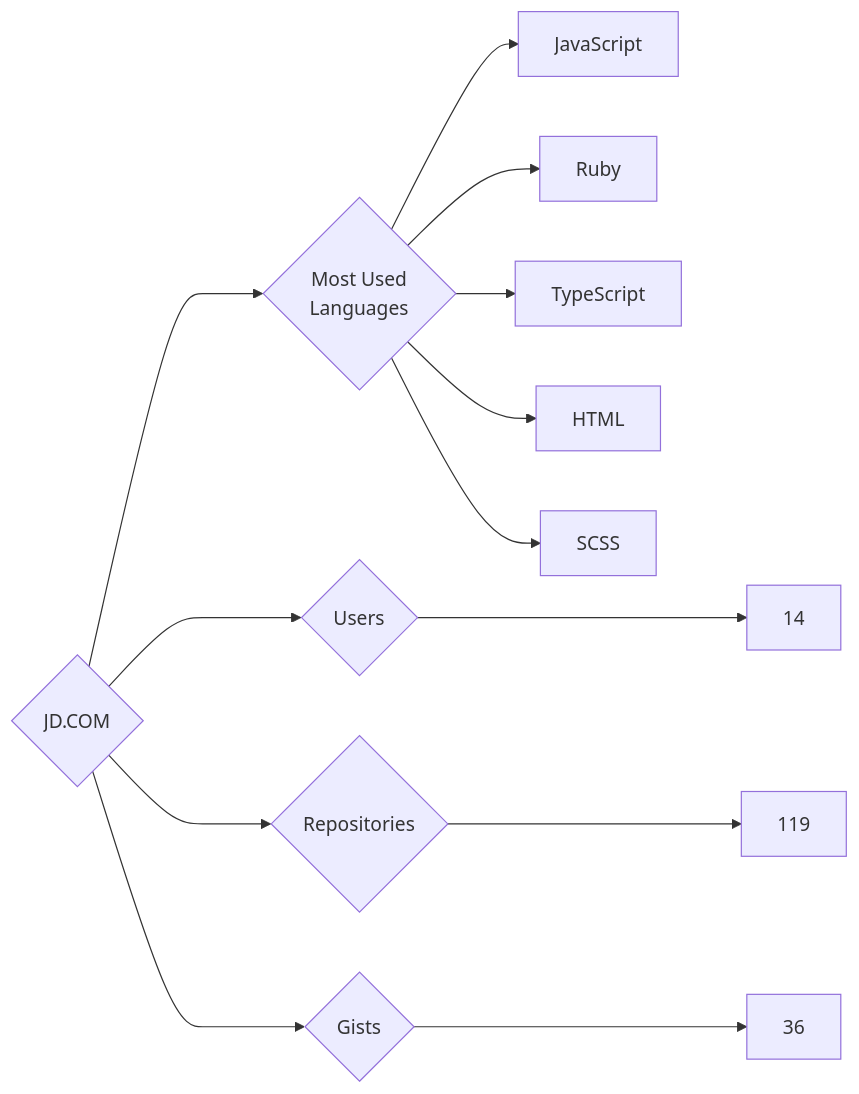
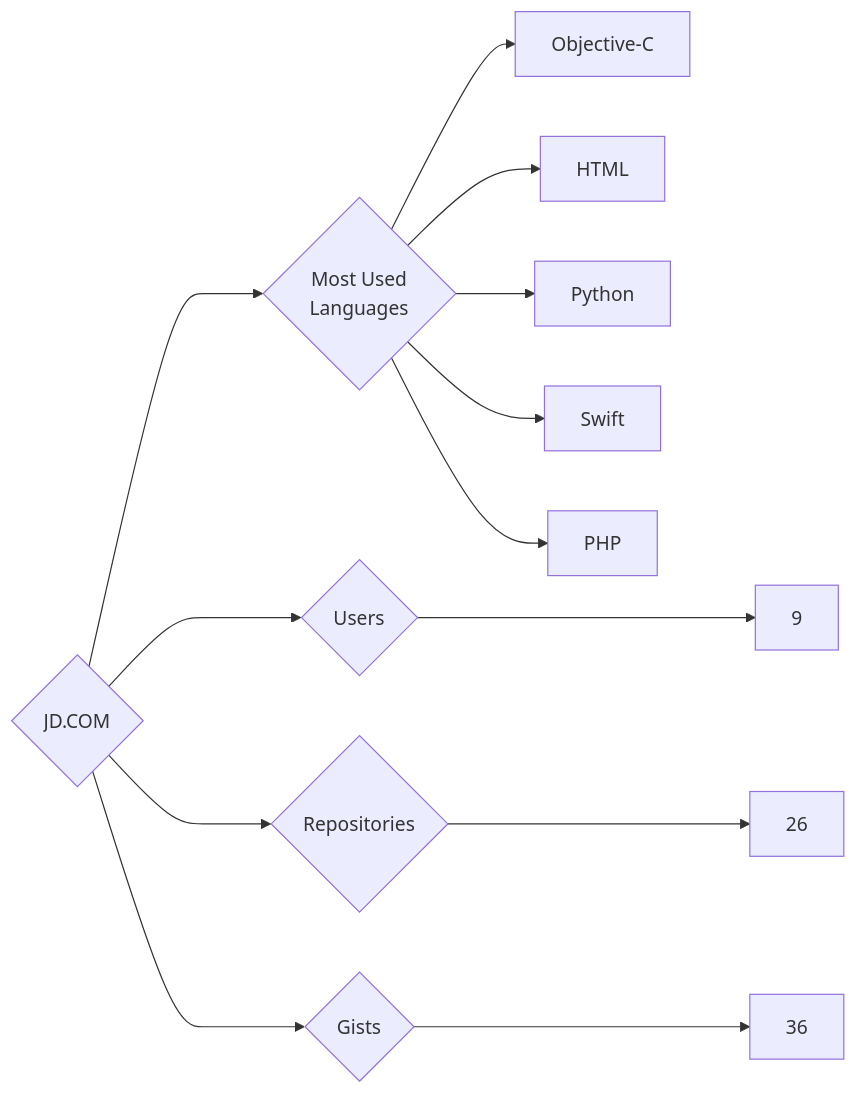
Before and after one commit to trickest/insiders: the diagram in targets/JD.COM/README.md, drawn with Mermaid. The commit also changed 796 other files, not shown here.

````diff
--- a/targets/JD.COM/README.md
+++ b/targets/JD.COM/README.md
@@ -3,13 +3,13 @@
 ```mermaid
 graph LR
 COMPANY_NAME{JD.COM}
-COMPANY_NAME ---> U{Users} ---> UN[14]
-COMPANY_NAME ---> R{Repositories} ---> RN[119]
+COMPANY_NAME ---> U{Users} ---> UN[9]
+COMPANY_NAME ---> R{Repositories} ---> RN[26]
 COMPANY_NAME ---> G{Gists} ---> GN[36]
 COMPANY_NAME ---> ML{Most Used<br>Languages}
-ML --> JavaScript[JavaScript]
-ML --> Ruby[Ruby]
-ML --> TypeScript[TypeScript]
+ML --> Objective-C[Objective-C]
 ML --> HTML[HTML]
-ML --> SCSS[SCSS]
+ML --> Python[Python]
+ML --> Swift[Swift]
+ML --> PHP[PHP]
 ```
````
